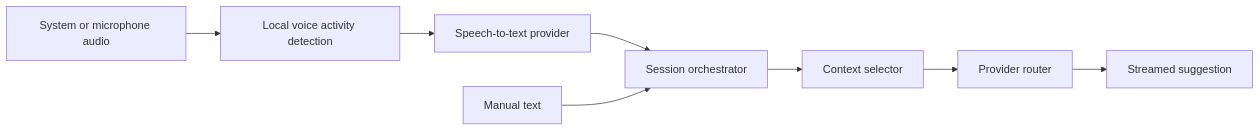
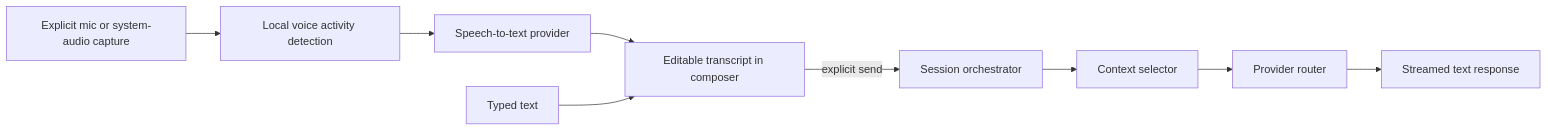
One commit to DML142/singularity-live changed the first of 4 diagrams in tech.md. Above: the diagram before and after it, drawn with Mermaid. The commit also changed other lines of this file and 28 other files, not shown here.

````diff
--- a/tech.md
+++ b/tech.md
@@ -53,10 +66,11 @@
 ```mermaid
 flowchart LR
-  Speech[System or microphone audio] --> VAD[Local voice activity detection]
+  Speech[Explicit mic or system-audio capture] --> VAD[Local voice activity detection]
   VAD --> STT[Speech-to-text provider]
-  STT --> Session[Session orchestrator]
-  Text[Manual text] --> Session
+  STT --> Composer[Editable transcript in composer]
+  Text[Typed text] --> Composer
+  Composer -->|explicit send| Session[Session orchestrator]
   Session --> Select[Context selector]
   Select --> Router[Provider router]
-  Router --> Stream[Streamed suggestion]
+  Router --> Stream[Streamed text response]
 ```
````
